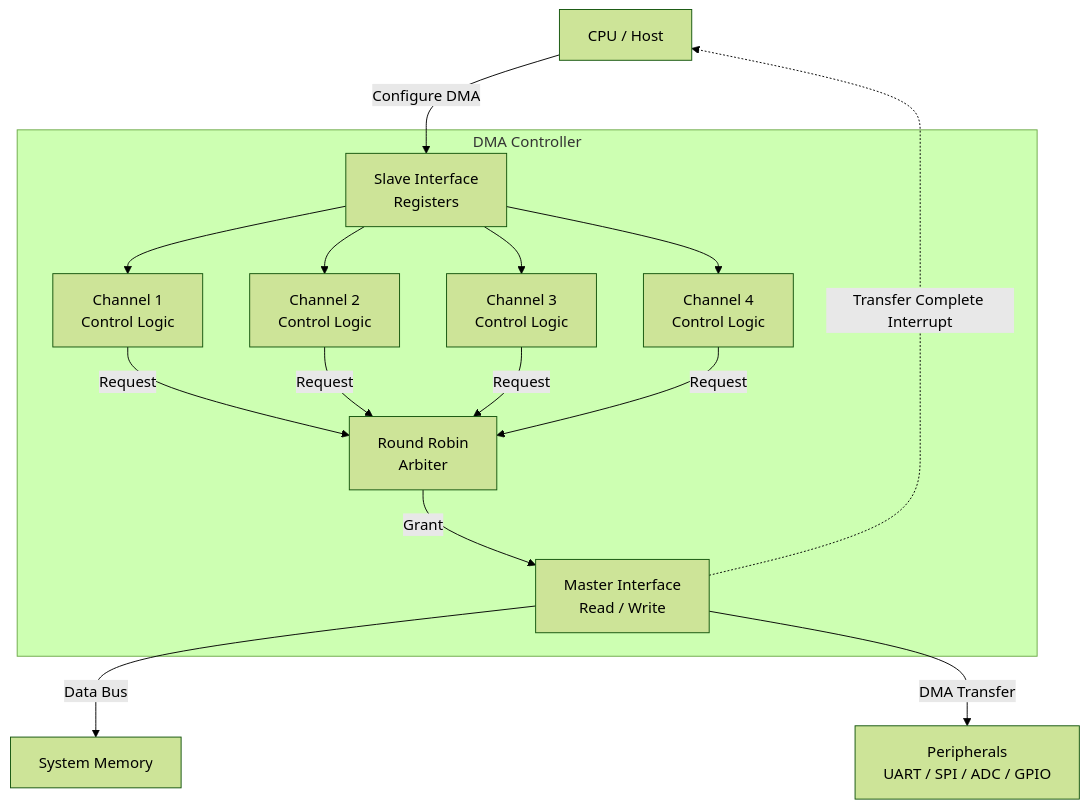
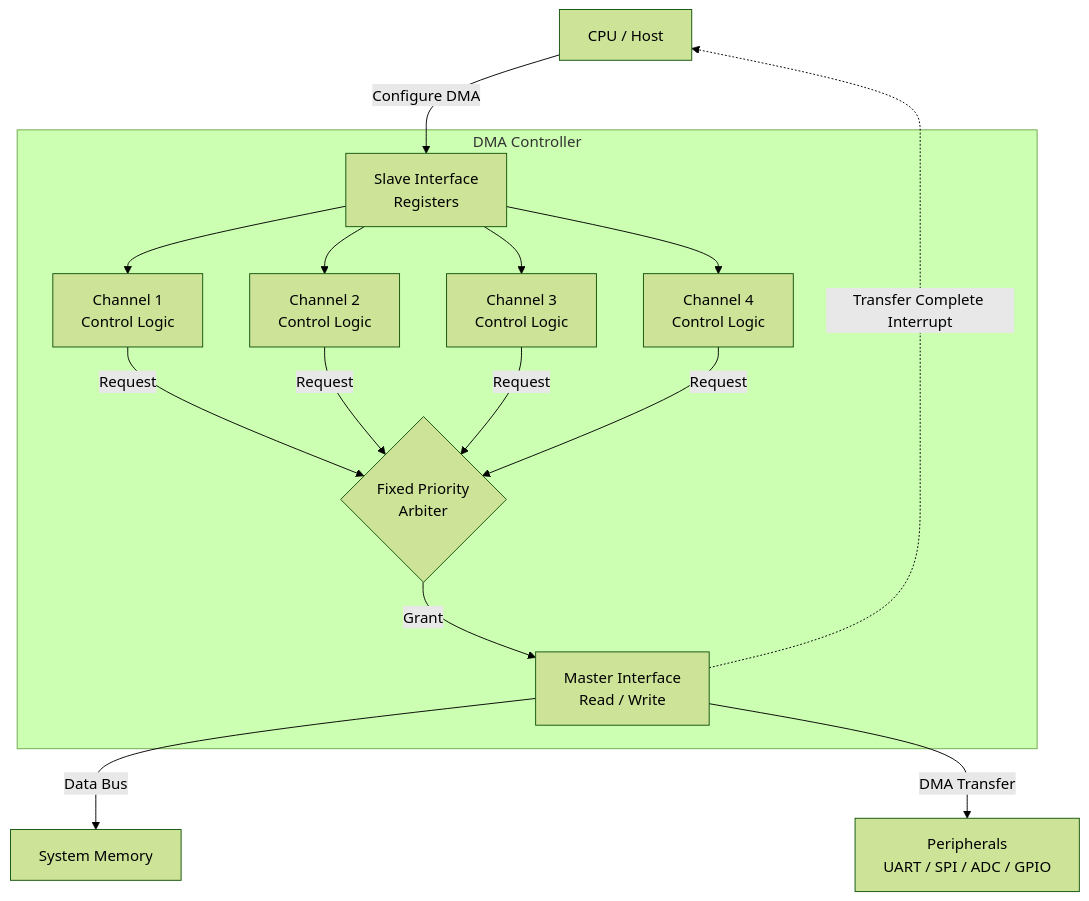
The diagram in README.md (Sanjana-789/Multi_Channel_DMA_Verification), drawn with Mermaid (forest theme) before and after one commit.

Commit message:
Change ARB description from Round Robin to Fixed Priority

````diff
--- a/README.md
+++ b/README.md
@@ -7,42 +7,42 @@
 ```mermaid
 flowchart TD
 
     CPU["CPU / Host"]
 
     CPU -->|"Configure DMA"| REG
 
     subgraph DMA["DMA Controller"]
 
         REG["Slave Interface<br/>Registers"]
 
         REG --> CH1
         REG --> CH2
         REG --> CH3
         REG --> CH4
 
         CH1["Channel 1<br/>Control Logic"]
         CH2["Channel 2<br/>Control Logic"]
         CH3["Channel 3<br/>Control Logic"]
         CH4["Channel 4<br/>Control Logic"]
 
         CH1 -->|"Request"| ARB
         CH2 -->|"Request"| ARB
         CH3 -->|"Request"| ARB
         CH4 -->|"Request"| ARB
 
-        ARB["Round Robin<br/>Arbiter"]
+        ARB{"Fixed Priority<br/>Arbiter"}
 
         ARB -->|"Grant"| MASTER
 
         MASTER["Master Interface<br/>Read / Write"]
 
     end
 
     MASTER -->|"Data Bus"| MEM
     MASTER -->|"DMA Transfer"| PER
 
     MEM["System Memory"]
     PER["Peripherals<br/>UART / SPI / ADC / GPIO"]
 
     MASTER -.->|"Transfer Complete Interrupt"| CPU
 ```
````
